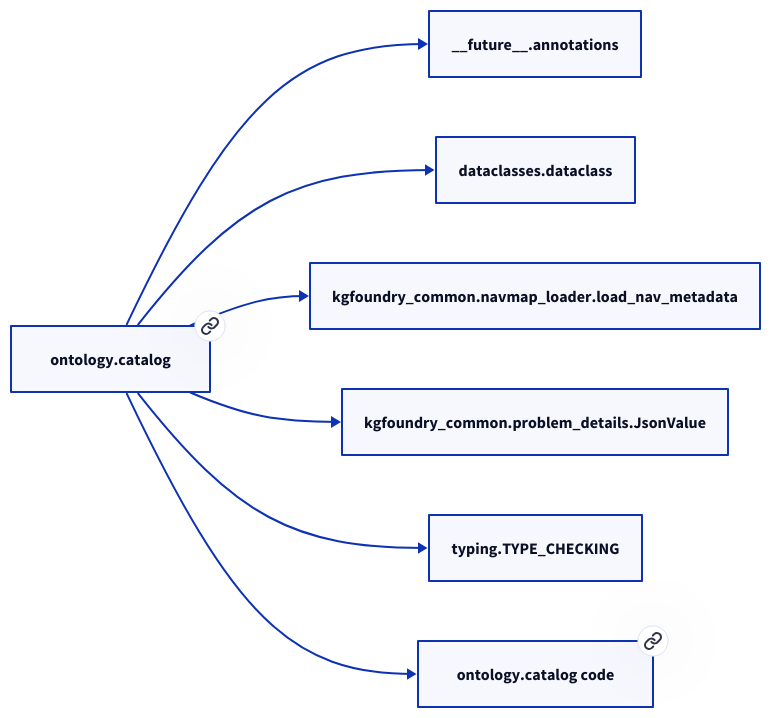
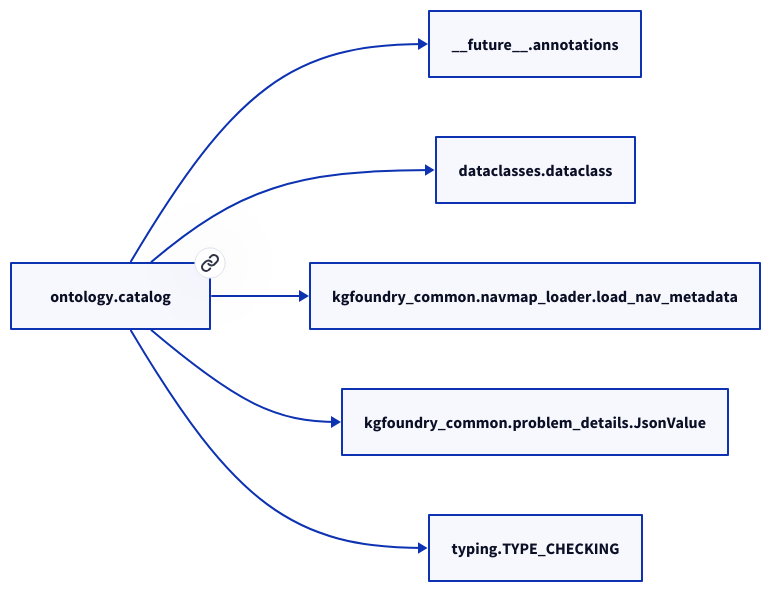
The second of 2 diagrams in docs/modules/ontology/catalog.md (paul-heyse/kgforge), drawn with D2 before and after one commit. The commit also changed other lines of this file and 118 other files, not shown here.

````diff
--- a/docs/modules/ontology/catalog.md
+++ b/docs/modules/ontology/catalog.md
@@ -40,16 +38,14 @@
 ```d2
 direction: right
-"ontology.catalog": "ontology.catalog" { link: "./ontology/catalog.md" }
+"ontology.catalog": "ontology.catalog" { link: "catalog.md" }
 "__future__.annotations": "__future__.annotations"
 "ontology.catalog" -> "__future__.annotations"
 "dataclasses.dataclass": "dataclasses.dataclass"
 "ontology.catalog" -> "dataclasses.dataclass"
 "kgfoundry_common.navmap_loader.load_nav_metadata": "kgfoundry_common.navmap_loader.load_nav_metadata"
 "ontology.catalog" -> "kgfoundry_common.navmap_loader.load_nav_metadata"
 "kgfoundry_common.problem_details.JsonValue": "kgfoundry_common.problem_details.JsonValue"
 "ontology.catalog" -> "kgfoundry_common.problem_details.JsonValue"
 "typing.TYPE_CHECKING": "typing.TYPE_CHECKING"
 "ontology.catalog" -> "typing.TYPE_CHECKING"
-"ontology.catalog_code": "ontology.catalog code" { link: "https://github.com/kgfoundry/kgfoundry/blob/main/src/ontology/catalog.py" }
-"ontology.catalog" -> "ontology.catalog_code" { style: dashed }
 ```
````
